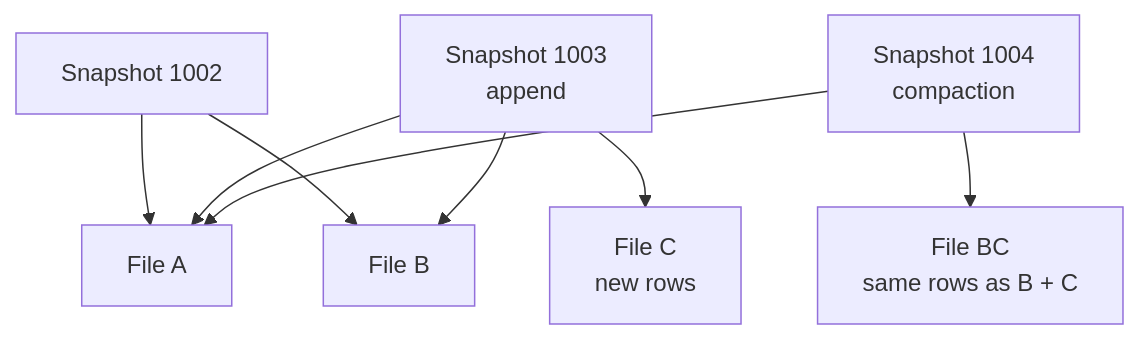
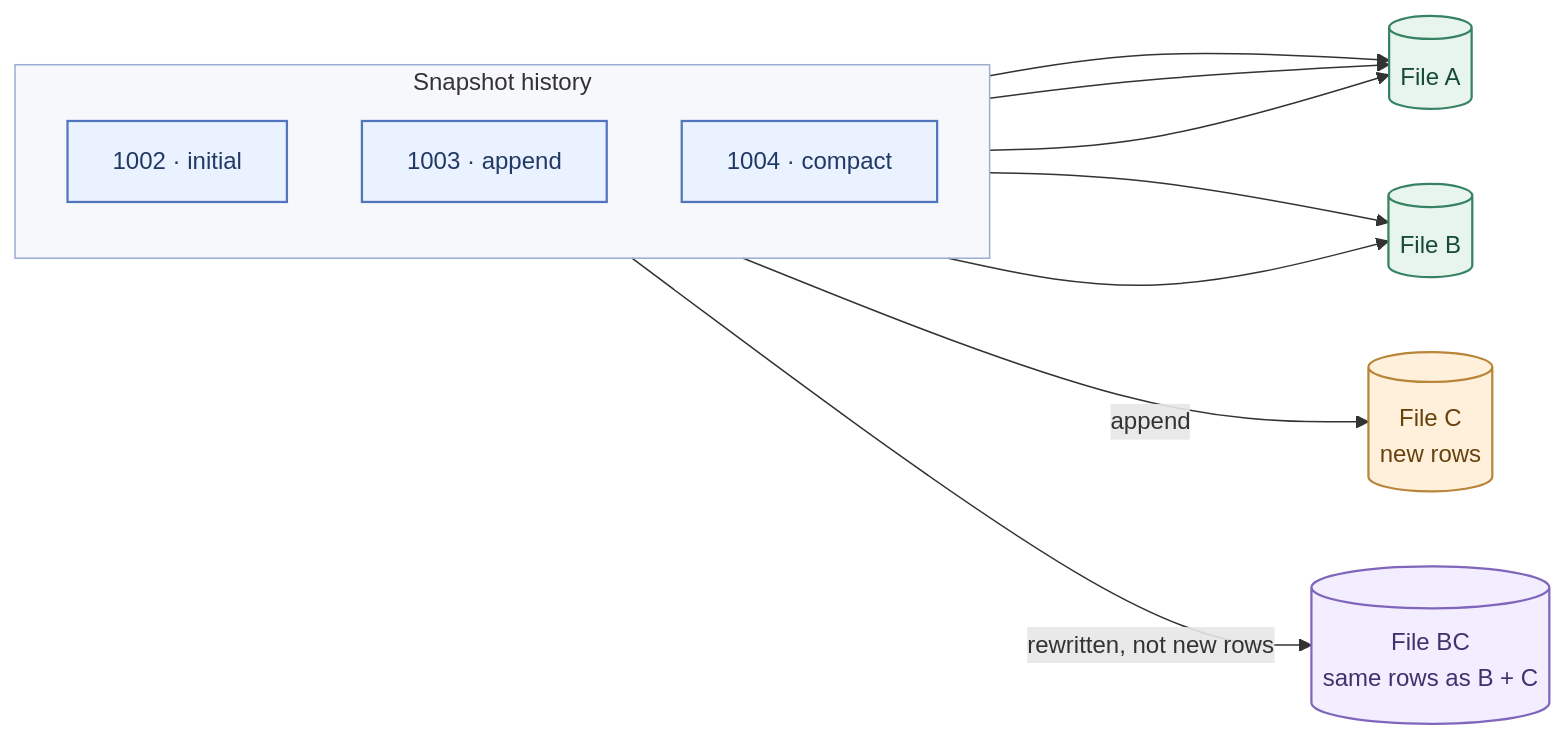
The fifth of 5 diagrams in guides/iceberg-and-duckdb.md (efcasado/off_broadway_iceberg), drawn with Mermaid before and after one commit. The commit also changed other lines of this file, not shown here.

Commit message:
docs: refine Mermaid layouts and visual hierarchy

````diff
--- a/guides/iceberg-and-duckdb.md
+++ b/guides/iceberg-and-duckdb.md
@@ -411,10 +452,31 @@
 ```mermaid
-flowchart TB
-    S2["Snapshot 1002"] --> A["File A"]
-    S2 --> B["File B"]
-    S3["Snapshot 1003<br/>append"] --> A
+flowchart LR
+    subgraph History["Snapshot history"]
+        direction TB
+        S2["1002 · initial"]
+        S3["1003 · append"]
+        S4["1004 · compact"]
+    end
+    A[("File A")]
+    B[("File B")]
+    C[("File C<br/>new rows")]
+    BC[("File BC<br/>same rows as B + C")]
+
+    S2 --> A
+    S2 --> B
+    S3 --> A
     S3 --> B
-    S3 --> C["File C<br/>new rows"]
-    S4["Snapshot 1004<br/>compaction"] --> A
-    S4 --> BC["File BC<br/>same rows as B + C"]
+    S3 -->|append| C
+    S4 --> A
+    S4 -->|rewritten, not new rows| BC
+
+    classDef snapshot fill:#eaf1ff,stroke:#5275bd,color:#203965,stroke-width:1.5px
+    classDef existing fill:#e7f5ed,stroke:#378263,color:#174b38,stroke-width:1.5px
+    classDef newfile fill:#fff0db,stroke:#b98539,color:#68420d,stroke-width:1.5px
+    classDef compacted fill:#f2edff,stroke:#8066bb,color:#42316c,stroke-width:1.5px
+    class S2,S3,S4 snapshot
+    class A,B existing
+    class C newfile
+    class BC compacted
+    style History fill:#5275bd0c,stroke:#9aadd0
 ```
````
